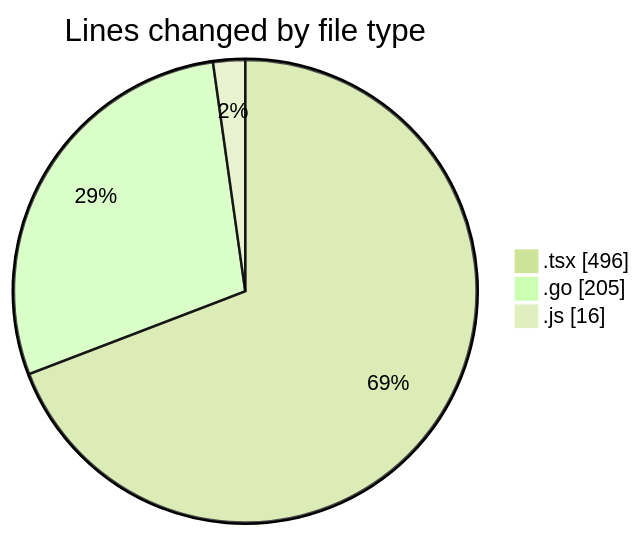
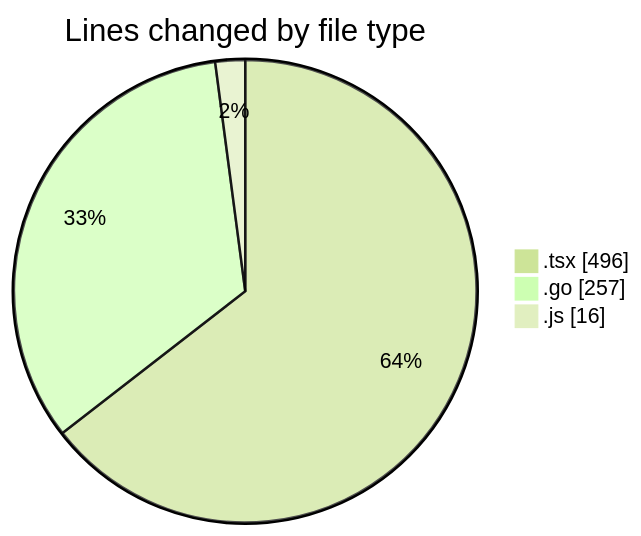
One commit to robertbonfada/code-tracking changed the first of 2 diagrams in 2025-03-04/termonied_testador/README.md. Above: the diagram before and after it, drawn with Mermaid (forest theme). The commit also changed other lines of this file and 1 other file, not shown here.

````diff
--- a/2025-03-04/termonied_testador/README.md
+++ b/2025-03-04/termonied_testador/README.md
@@ -25,7 +25,7 @@
 ```mermaid
 pie showData
 title Lines changed by file type
 ".tsx" : 496
-".go" : 205
+".go" : 257
 ".js" : 16
 ```
````
